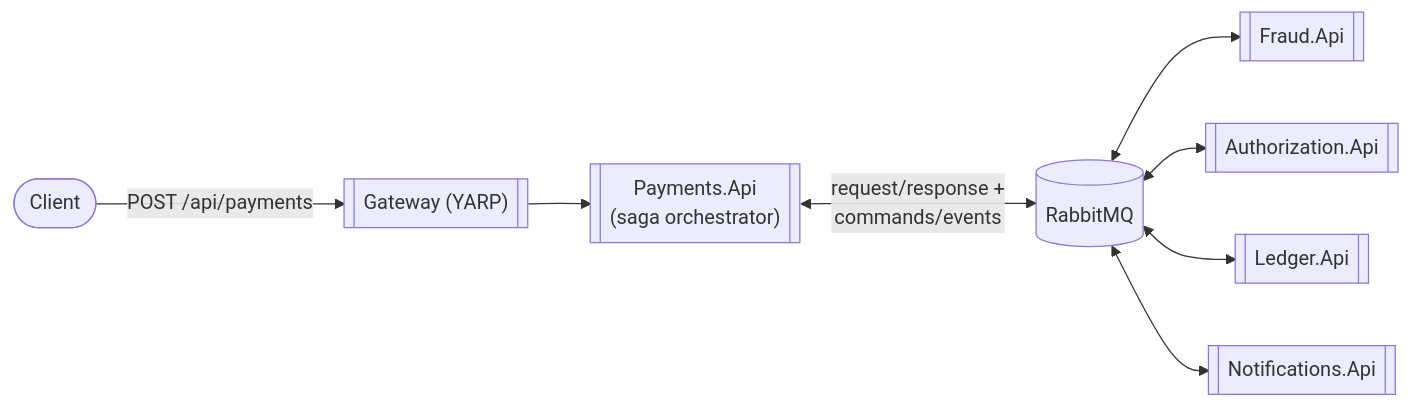
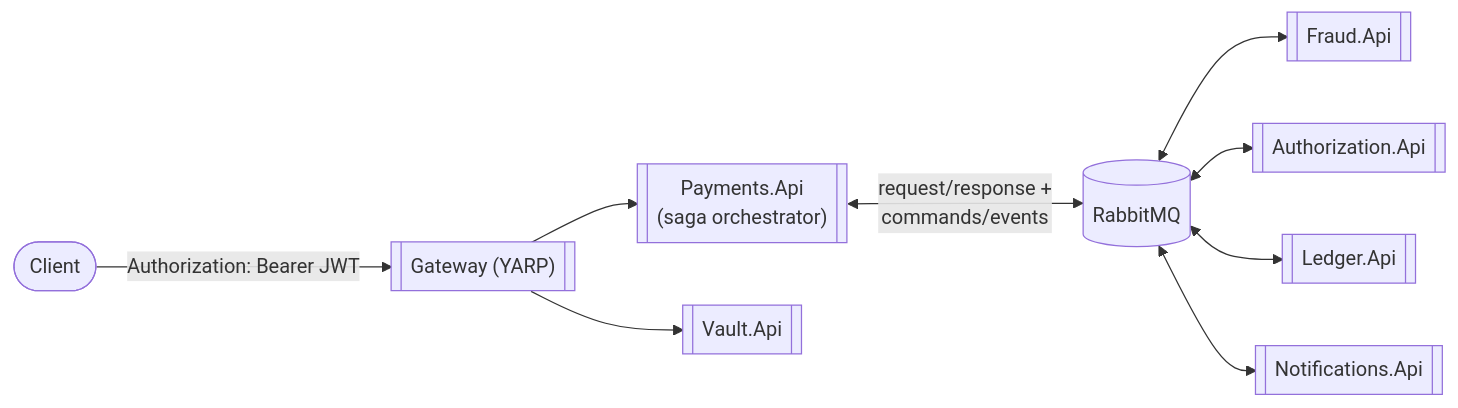
One commit to queennduji/payflow changed the diagram in README.md. Above: the diagram before and after it, drawn with Mermaid. The commit also changed other lines of this file and 1 other file, not shown here.

First line of the commit message:
Update docs: reflect Phase 7, CI badges, and roadmap

````diff
--- a/README.md
+++ b/README.md
@@ -26,10 +29,11 @@
 ```mermaid
 flowchart LR
-    client([Client]) -->|"POST /api/payments"| gateway[["Gateway (YARP)"]]
+    client([Client]) -->|"Authorization: Bearer JWT"| gateway[["Gateway (YARP)"]]
     gateway --> payments[["Payments.Api\n(saga orchestrator)"]]
+    gateway --> vault[["Vault.Api"]]
     payments <-->|"request/response +\ncommands/events"| mq[("RabbitMQ")]
     mq <--> fraud[["Fraud.Api"]]
     mq <--> auth[["Authorization.Api"]]
     mq <--> ledger[["Ledger.Api"]]
     mq <--> notif[["Notifications.Api"]]
 ```
````
